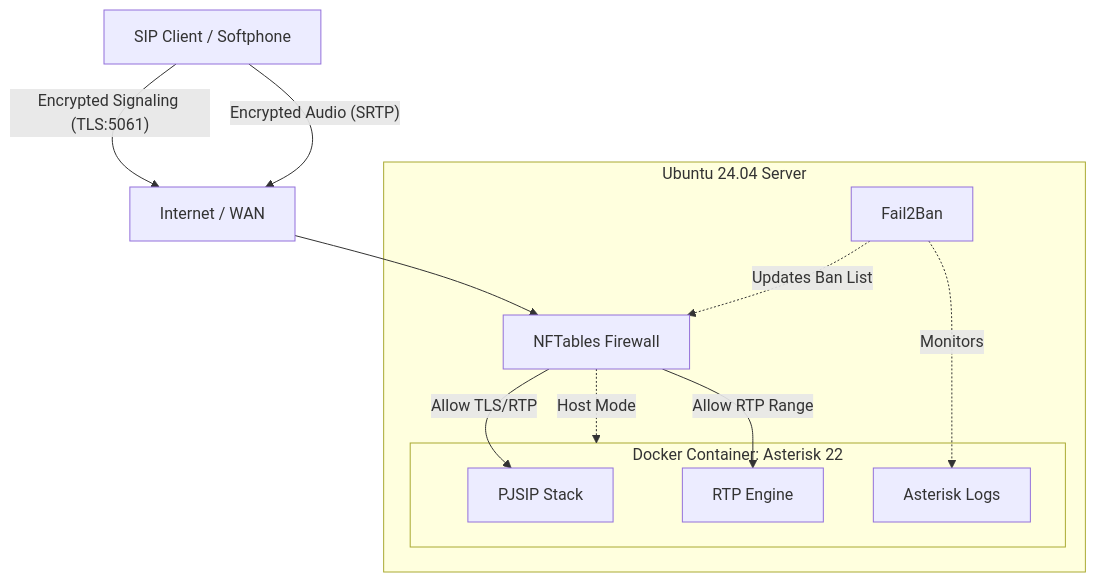
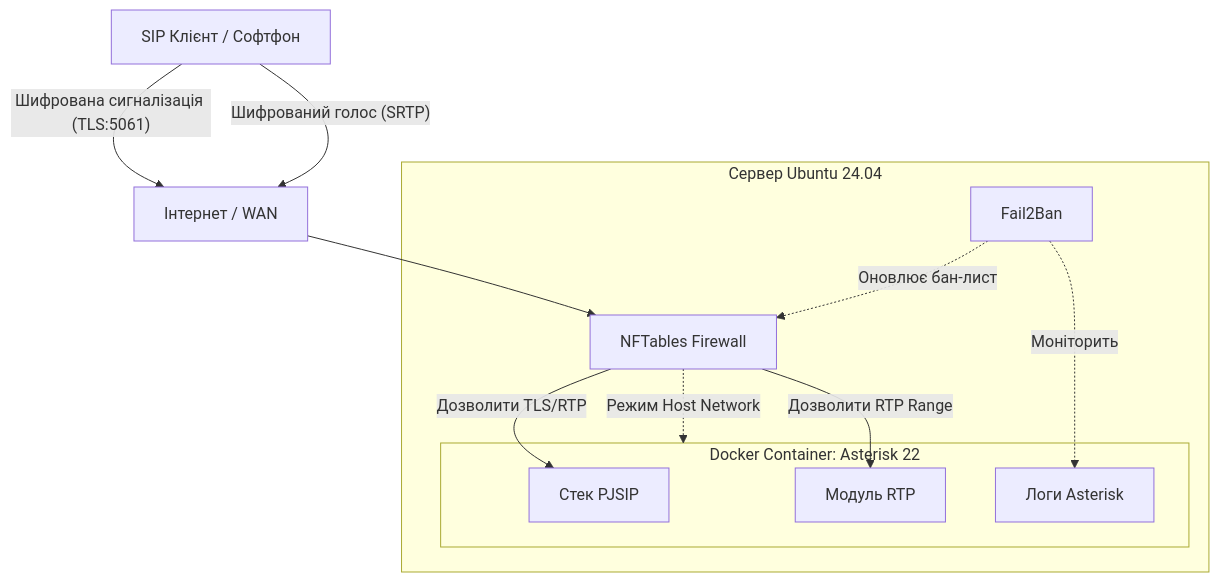
Before and after one commit to weby-homelab/voip-installer: the diagram in README.md, drawn with Mermaid. The commit also changed other lines of this file and 1 other file, not shown here.

````diff
--- a/README.md
+++ b/README.md
@@ -210,29 +211,29 @@
 ```mermaid
 graph TD
-    User[SIP Client / Softphone]
-    Net[Internet / WAN]
+    User[SIP Клієнт / Софтфон]
+    Net[Інтернет / WAN]
     FW[NFTables Firewall]
     F2B[Fail2Ban]
     
-    subgraph Host [Ubuntu 24.04 Server]
+    subgraph Host [Сервер Ubuntu 24.04]
         FW
         F2B
         
         subgraph Docker [Docker Container: Asterisk 22]
-            PJSIP[PJSIP Stack]
-            RTP[RTP Engine]
-            Logs[Asterisk Logs]
+            PJSIP[Стек PJSIP]
+            RTP[Модуль RTP]
+            Logs[Логи Asterisk]
         end
     end
     
-    User -->|"Encrypted Signaling (TLS:5061)"| Net
-    User -->|"Encrypted Audio (SRTP)"| Net
+    User -->|"Шифрована сигналізація (TLS:5061)"| Net
+    User -->|"Шифрований голос (SRTP)"| Net
     Net --> FW
     
-    FW -->|"Allow TLS/RTP"| PJSIP
-    FW -->|"Allow RTP Range"| RTP
-    FW -.->|"Host Mode"| Docker
+    FW -->|"Дозволити TLS/RTP"| PJSIP
+    FW -->|"Дозволити RTP Range"| RTP
+    FW -.->|"Режим Host Network"| Docker
     
-    F2B -.->|"Monitors"| Logs
-    F2B -.->|"Updates Ban List"| FW
+    F2B -.->|"Моніторить"| Logs
+    F2B -.->|"Оновлює бан-лист"| FW
 ```
````
